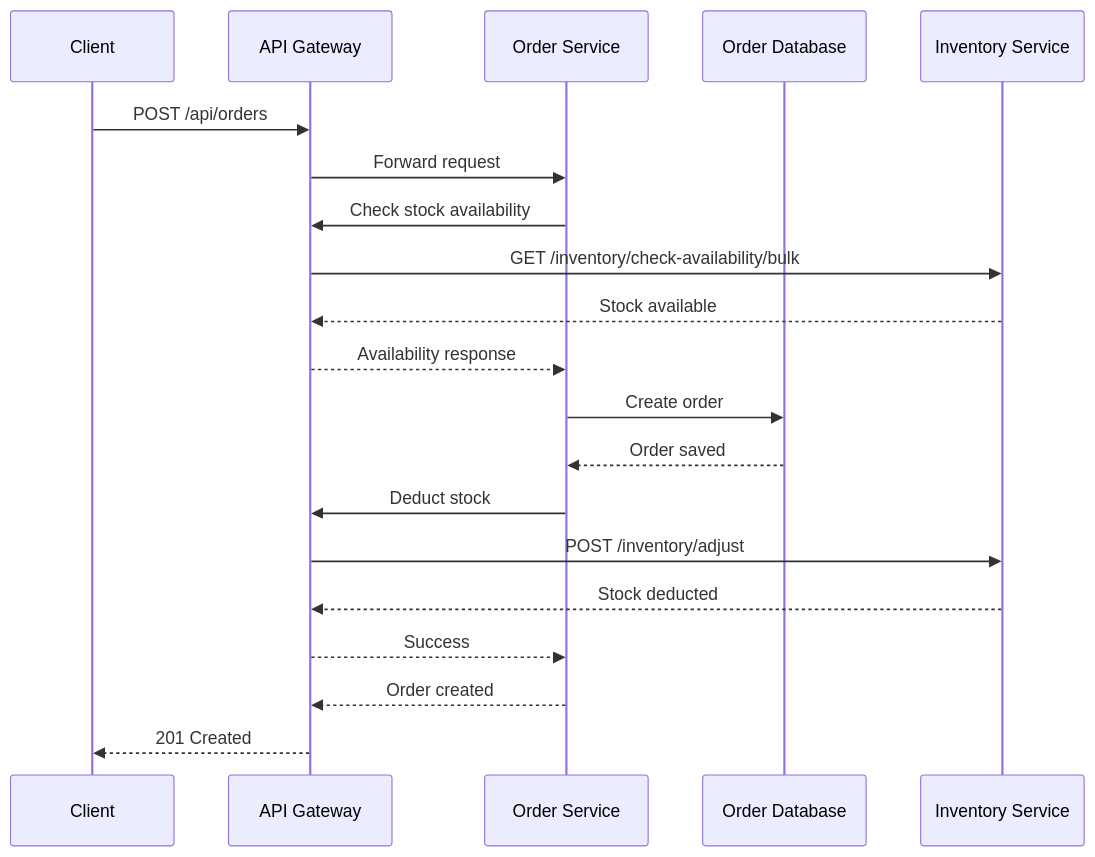
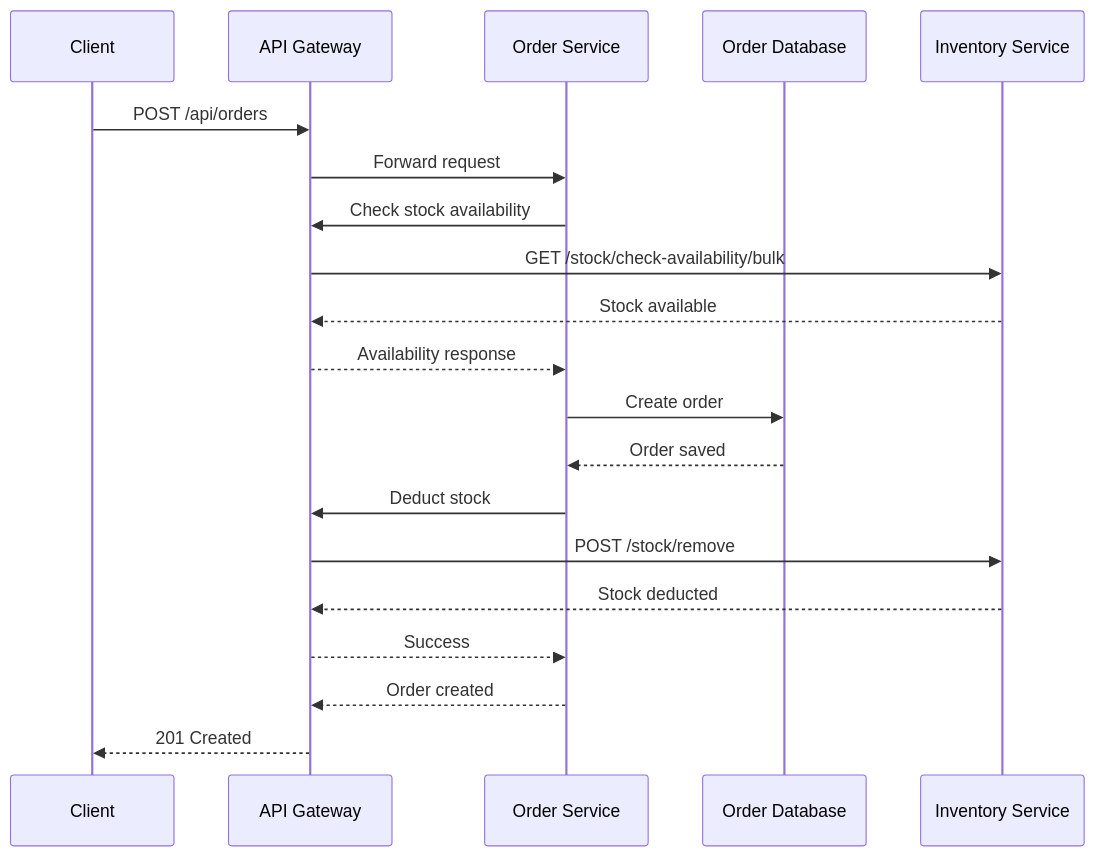
One commit to srunsronn/order-service changed the fourth of 4 diagrams in PRESENTATION_SLIDES.md. Above: the diagram before and after it, drawn with Mermaid. The commit also changed other lines of this file and 9 other files, not shown here.

````diff
--- a/PRESENTATION_SLIDES.md
+++ b/PRESENTATION_SLIDES.md
@@ -763,23 +264,23 @@
 ```mermaid
 sequenceDiagram
     participant Client
     participant Gateway as API Gateway
     participant OrderSvc as Order Service
     participant OrderDB as Order Database
     participant InvSvc as Inventory Service
     
     Client->>Gateway: POST /api/orders
     Gateway->>OrderSvc: Forward request
     OrderSvc->>Gateway: Check stock availability
-    Gateway->>InvSvc: GET /inventory/check-availability/bulk
+    Gateway->>InvSvc: GET /stock/check-availability/bulk
     InvSvc-->>Gateway: Stock available
     Gateway-->>OrderSvc: Availability response
     OrderSvc->>OrderDB: Create order
     OrderDB-->>OrderSvc: Order saved
     OrderSvc->>Gateway: Deduct stock
-    Gateway->>InvSvc: POST /inventory/adjust
+    Gateway->>InvSvc: POST /stock/remove
     InvSvc-->>Gateway: Stock deducted
     Gateway-->>OrderSvc: Success
     OrderSvc-->>Gateway: Order created
     Gateway-->>Client: 201 Created
 ```
````
